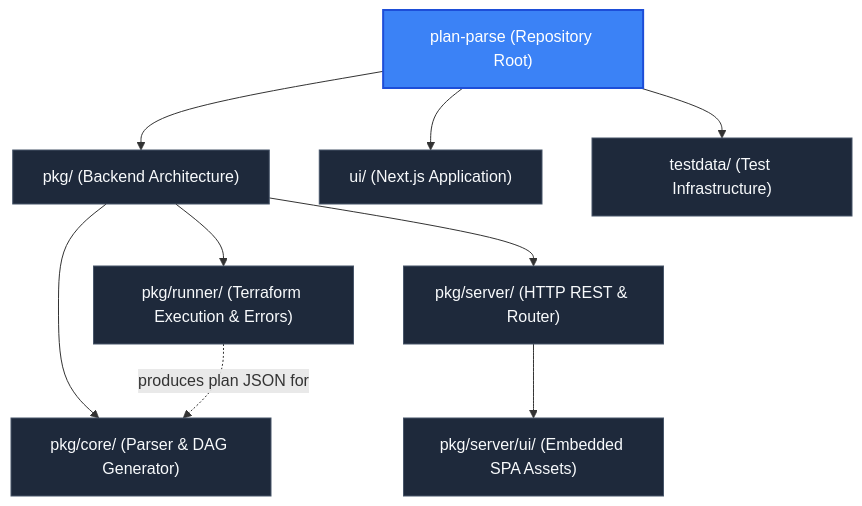
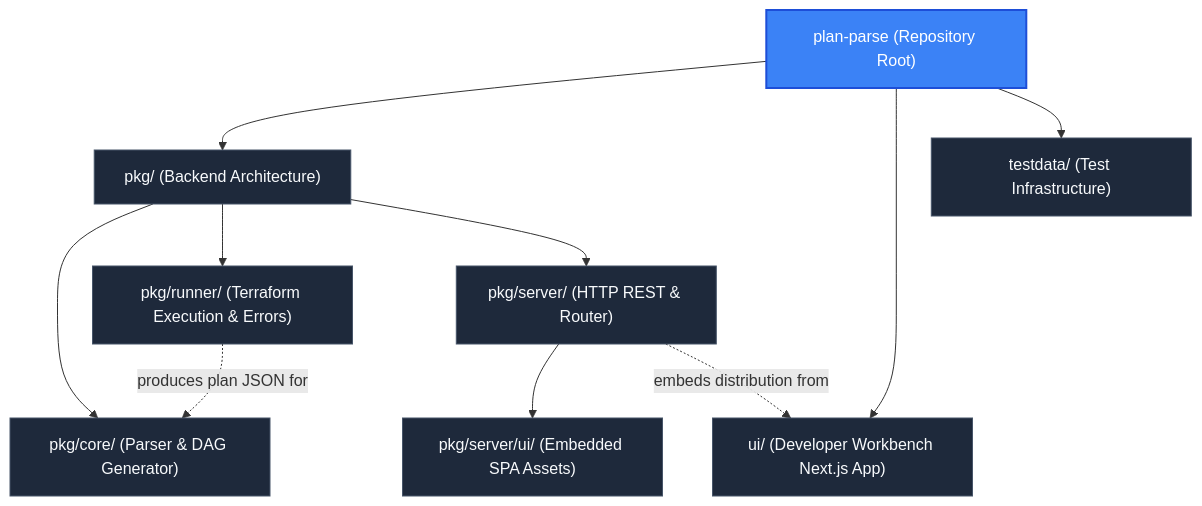
One commit to AatirNadim/plan-parse changed the third of 3 diagrams in README.md. Above: the diagram before and after it, drawn with Mermaid. The commit also changed other lines of this file and 6 other files, not shown here.

First line of the commit message:
refactor: Revamp UI documentation and component architecture for Developer Workbench

````diff
--- a/README.md
+++ b/README.md
@@ -235,25 +321,26 @@
 ```mermaid
 flowchart TD
     ROOT["plan-parse (Repository Root)"]:::current
     PKG["pkg/ (Backend Architecture)"]:::node
     CORE["pkg/core/ (Parser & DAG Generator)"]:::node
     RUNNER["pkg/runner/ (Terraform Execution & Errors)"]:::node
     SERVER["pkg/server/ (HTTP REST & Router)"]:::node
     SERVER_UI["pkg/server/ui/ (Embedded SPA Assets)"]:::node
-    UI["ui/ (Next.js Application)"]:::node
+    UI["ui/ (Developer Workbench Next.js App)"]:::node
     TESTDATA["testdata/ (Test Infrastructure)"]:::node
 
     ROOT --> PKG
     ROOT --> UI
     ROOT --> TESTDATA
 
     PKG --> CORE
     PKG --> RUNNER
     PKG --> SERVER
     SERVER --> SERVER_UI
 
     RUNNER -.->|produces plan JSON for| CORE
+    SERVER -.->|embeds distribution from| UI
 
     classDef current fill:#3b82f6,stroke:#1d4ed8,stroke-width:2px,color:#ffffff;
     classDef node fill:#1e293b,stroke:#475569,stroke-width:1px,color:#f8fafc;
 ```
````
